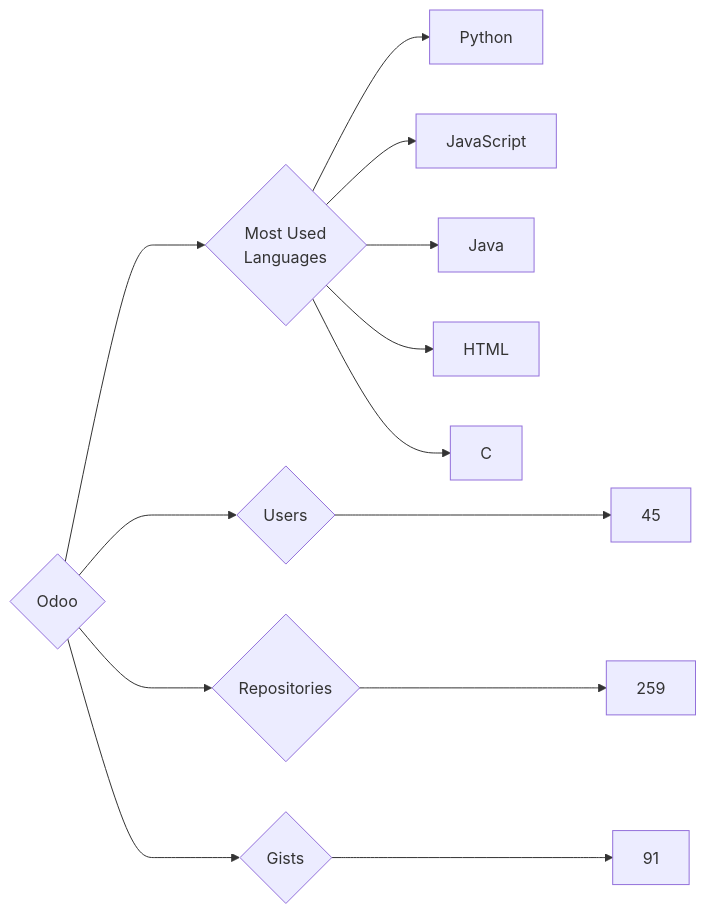
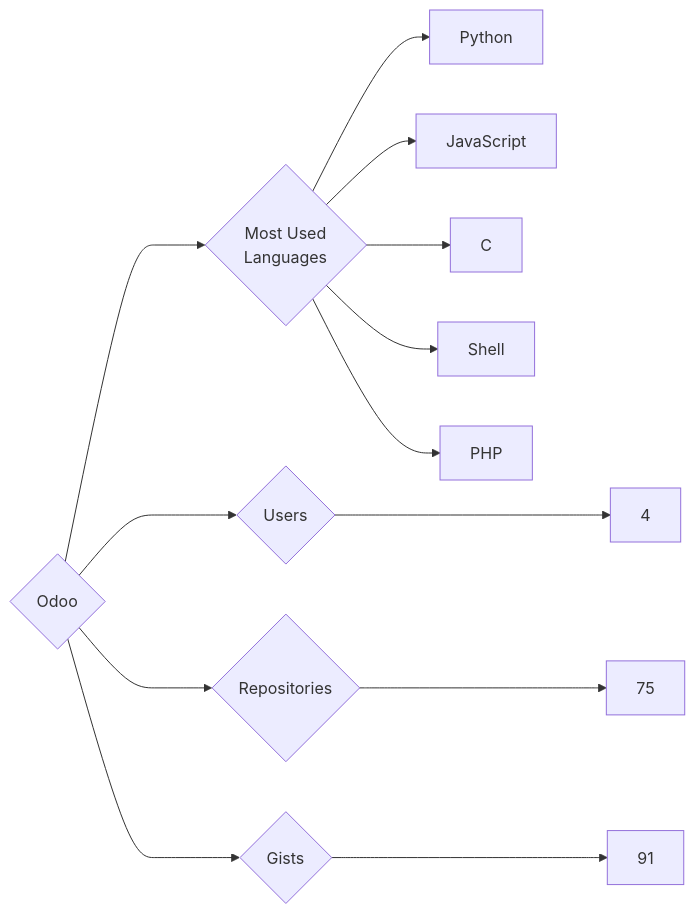
One commit to trickest/insiders changed the diagram in targets/Odoo/README.md. Above: the diagram before and after it, drawn with Mermaid. The commit also changed 823 other files, not shown here.

````diff
--- a/targets/Odoo/README.md
+++ b/targets/Odoo/README.md
@@ -3,13 +3,13 @@
 ```mermaid
 graph LR
 COMPANY_NAME{Odoo}
-COMPANY_NAME ---> U{Users} ---> UN[45]
-COMPANY_NAME ---> R{Repositories} ---> RN[259]
+COMPANY_NAME ---> U{Users} ---> UN[4]
+COMPANY_NAME ---> R{Repositories} ---> RN[75]
 COMPANY_NAME ---> G{Gists} ---> GN[91]
 COMPANY_NAME ---> ML{Most Used<br>Languages}
 ML --> Python[Python]
 ML --> JavaScript[JavaScript]
-ML --> Java[Java]
-ML --> HTML[HTML]
 ML --> C[C]
+ML --> Shell[Shell]
+ML --> PHP[PHP]
 ```
````
